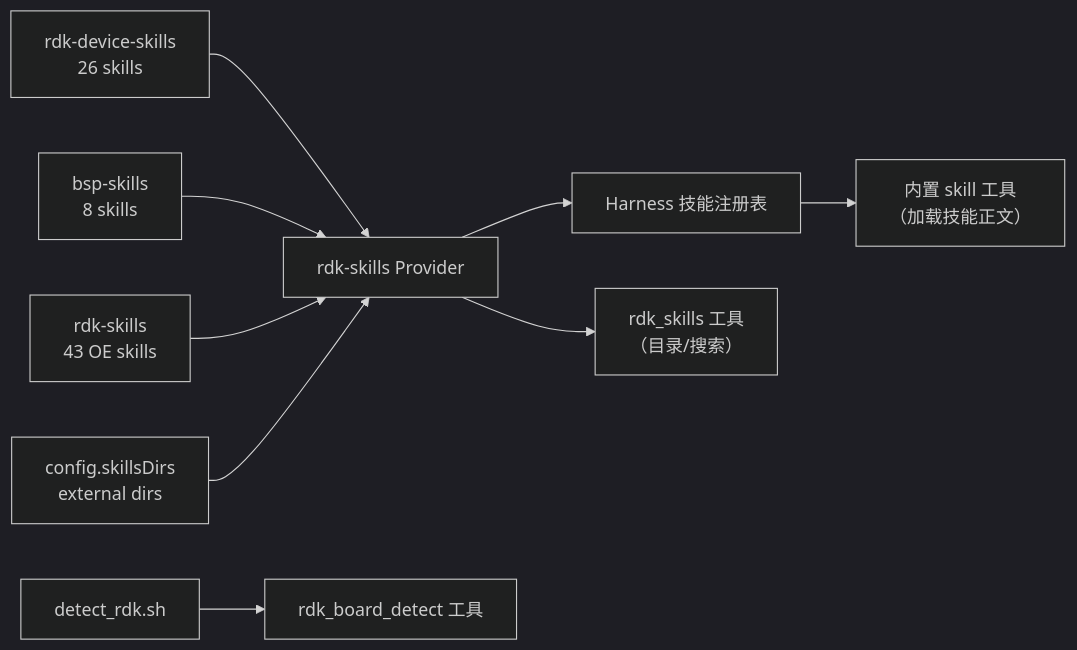
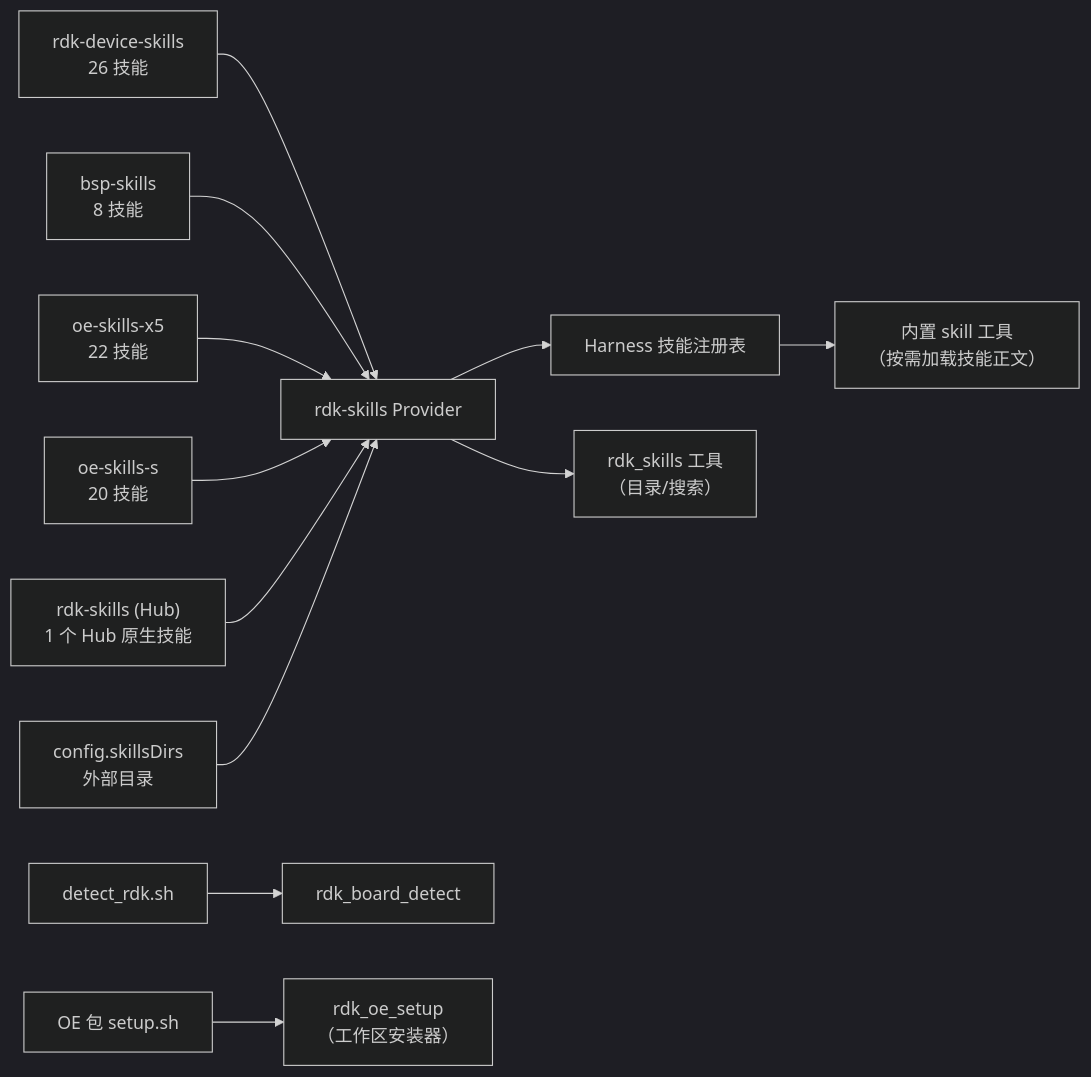
One commit to D-Robotics/dsh-plugin-rdk changed the diagram in README.zh.md. Above: the diagram before and after it, drawn with Mermaid (dark theme). The commit also changed other lines of this file and 3 other files, not shown here.

````diff
--- a/README.zh.md
+++ b/README.zh.md
@@ -77,11 +62,14 @@
 ```mermaid
 flowchart LR
-    A["rdk-device-skills<br/>26 skills"] --> P["rdk-skills Provider"]
-    B["bsp-skills<br/>8 skills"] --> P
-    C["rdk-skills<br/>43 OE skills"] --> P
-    D["config.skillsDirs<br/>external dirs"] --> P
+    A["rdk-device-skills<br/>26 技能"] --> P["rdk-skills Provider"]
+    B["bsp-skills<br/>8 技能"] --> P
+    C["oe-skills-x5<br/>22 技能"] --> P
+    D["oe-skills-s<br/>20 技能"] --> P
+    E["rdk-skills (Hub)<br/>1 个 Hub 原生技能"] --> P
+    F["config.skillsDirs<br/>外部目录"] --> P
     P --> R["Harness 技能注册表"]
-    R --> S["内置 skill 工具<br/>（加载技能正文）"]
+    R --> S["内置 skill 工具<br/>（按需加载技能正文）"]
     P --> T["rdk_skills 工具<br/>（目录/搜索）"]
-    E["detect_rdk.sh"] --> F["rdk_board_detect 工具"]
+    G["detect_rdk.sh"] --> U["rdk_board_detect"]
+    H["OE 包 setup.sh"] --> V["rdk_oe_setup<br/>（工作区安装器）"]
 ```
````
